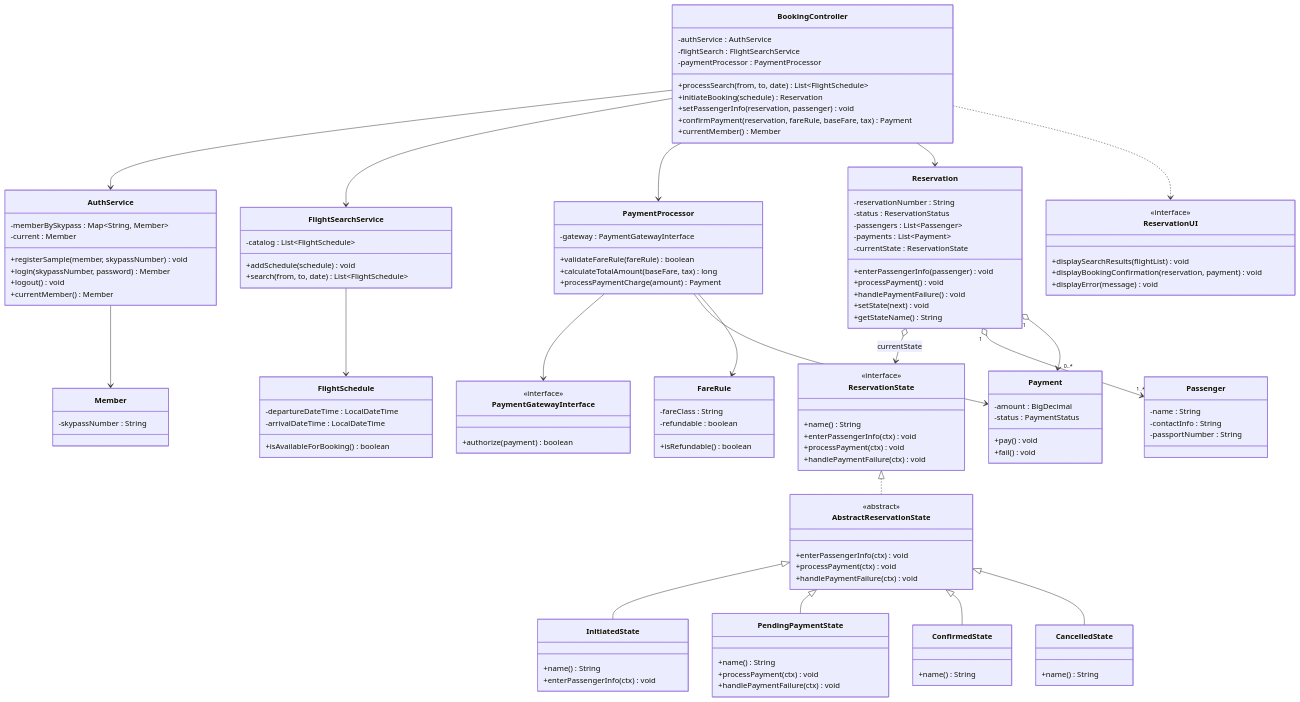
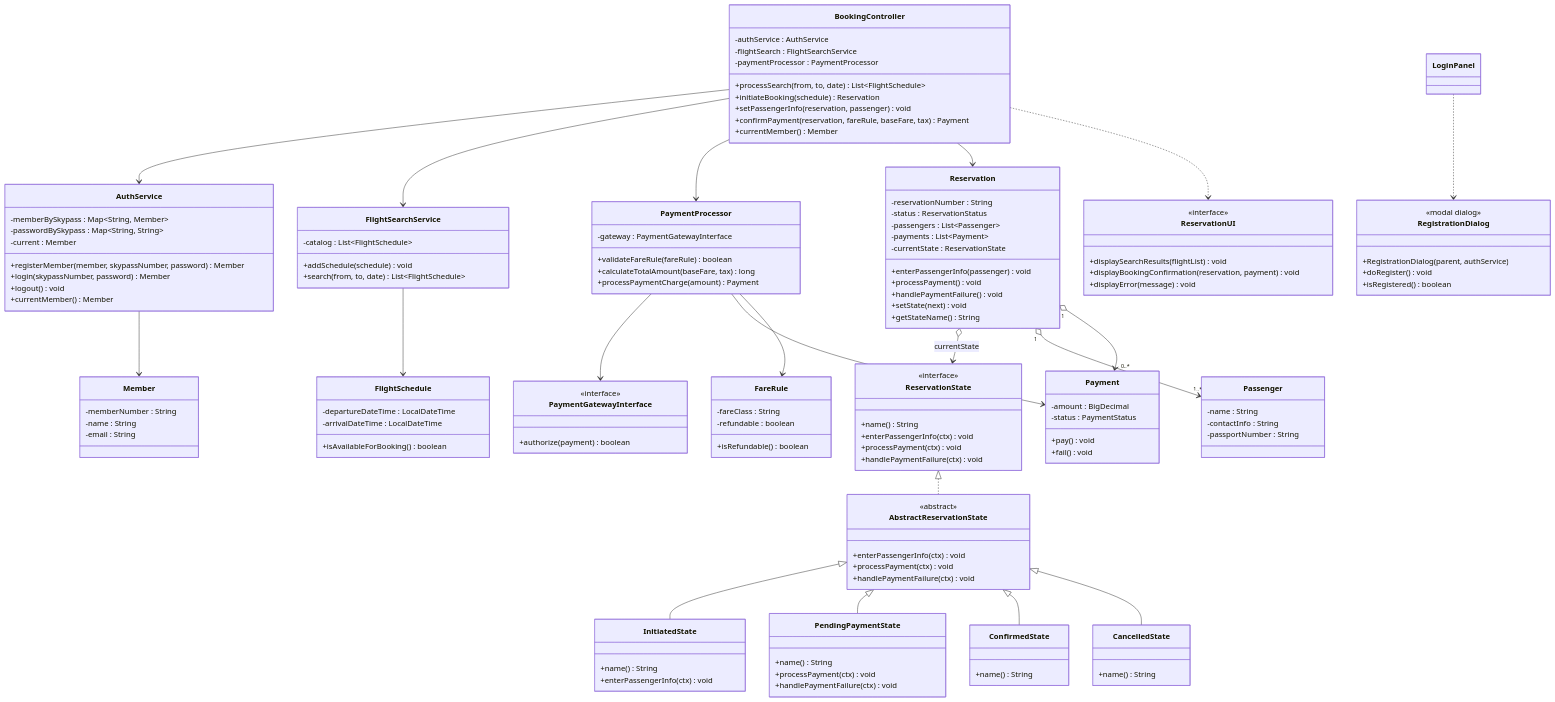
Before and after one commit to HANDONGLJH/KoreanAirReservationDomain: the fifth of 10 diagrams in docs/proposal-0/proposal-0-feature-inventory-ko.md, drawn with Mermaid. The commit also changed other lines of this file, not shown here.

```diff
--- a/docs/proposal-0/proposal-0-feature-inventory-ko.md
+++ b/docs/proposal-0/proposal-0-feature-inventory-ko.md
@@ -418,8 +418,9 @@
     }
     class AuthService {
         -memberBySkypass : Map~String, Member~
+        -passwordBySkypass : Map~String, String~
         -current : Member
-        +registerSample(member, skypassNumber) void
+        +registerMember(member, skypassNumber, password) Member
         +login(skypassNumber, password) Member
         +logout() void
         +currentMember() Member
@@ -481,7 +482,15 @@
         -passportNumber : String
     }
     class Member {
-        -skypassNumber : String
+        -memberNumber : String
+        -name : String
+        -email : String
+    }
+    class RegistrationDialog {
+        <<modal dialog>>
+        +RegistrationDialog(parent, authService)
+        +doRegister() void
+        +isRegistered() boolean
     }
     class FareRule {
         -fareClass : String
@@ -513,6 +522,7 @@
     BookingController --> PaymentProcessor
     BookingController --> Reservation
     BookingController ..> ReservationUI
+    LoginPanel ..> RegistrationDialog
     PaymentProcessor --> PaymentGatewayInterface
     PaymentProcessor --> Payment
     PaymentProcessor --> FareRule
```
